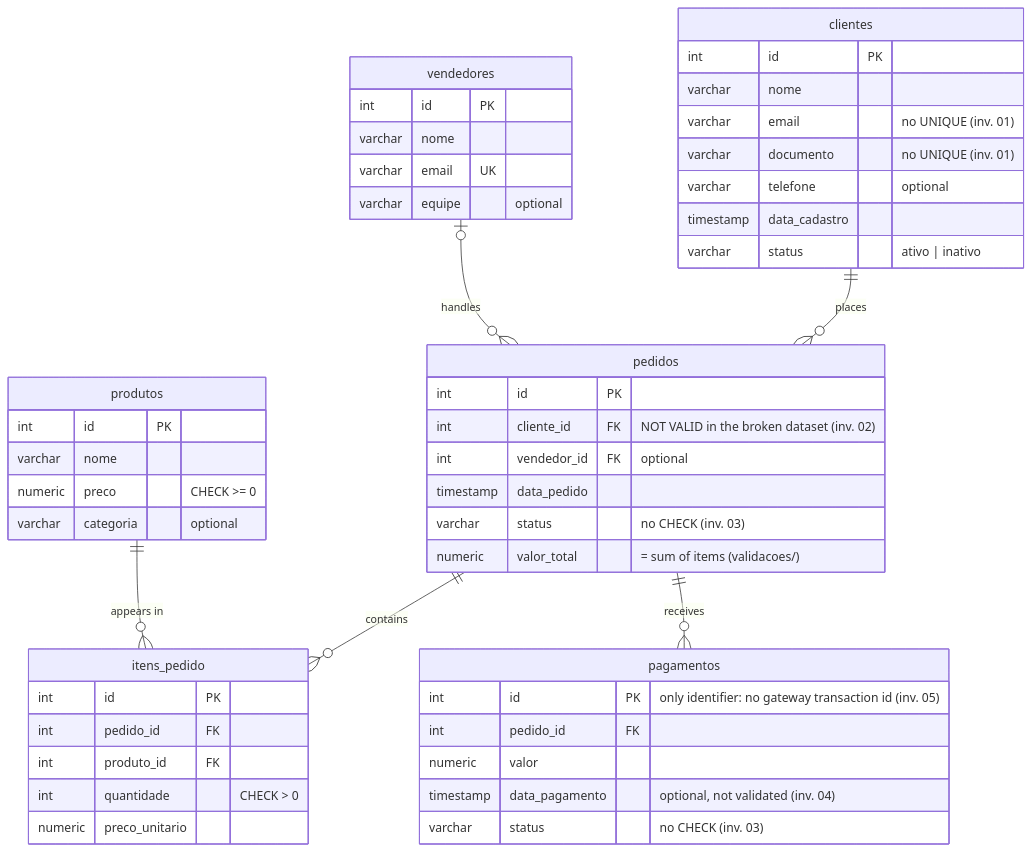
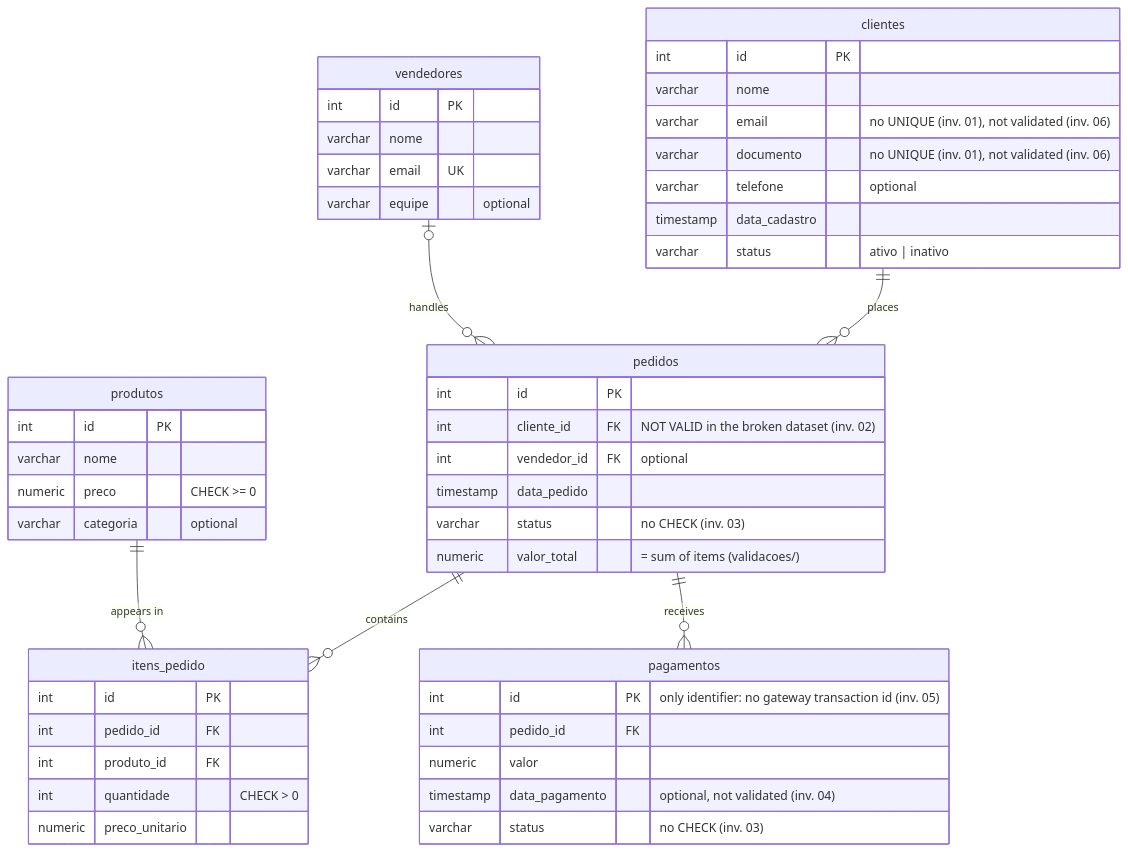
Before and after one commit to ThomasTDS/sql-defect-investigation: the diagram in README.en.md, drawn with Mermaid. The commit also changed other lines of this file and 17 other files, not shown here.

````diff
--- a/README.en.md
+++ b/README.en.md
@@ -29,57 +29,57 @@
 ```mermaid
 erDiagram
     clientes ||--o{ pedidos : "places"
     vendedores |o--o{ pedidos : "handles"
     pedidos ||--o{ itens_pedido : "contains"
     produtos ||--o{ itens_pedido : "appears in"
     pedidos ||--o{ pagamentos : "receives"
 
     clientes {
         int id PK
         varchar nome
-        varchar email "no UNIQUE (inv. 01)"
-        varchar documento "no UNIQUE (inv. 01)"
+        varchar email "no UNIQUE (inv. 01), not validated (inv. 06)"
+        varchar documento "no UNIQUE (inv. 01), not validated (inv. 06)"
         varchar telefone "optional"
         timestamp data_cadastro
         varchar status "ativo | inativo"
     }
 
     vendedores {
         int id PK
         varchar nome
         varchar email UK
         varchar equipe "optional"
     }
 
     produtos {
         int id PK
         varchar nome
         numeric preco "CHECK >= 0"
         varchar categoria "optional"
     }
 
     pedidos {
         int id PK
         int cliente_id FK "NOT VALID in the broken dataset (inv. 02)"
         int vendedor_id FK "optional"
         timestamp data_pedido
         varchar status "no CHECK (inv. 03)"
         numeric valor_total "= sum of items (validacoes/)"
     }
 
     itens_pedido {
         int id PK
         int pedido_id FK
         int produto_id FK
         int quantidade "CHECK > 0"
         numeric preco_unitario
     }
 
     pagamentos {
         int id PK "only identifier: no gateway transaction id (inv. 05)"
         int pedido_id FK
         numeric valor
         timestamp data_pagamento "optional, not validated (inv. 04)"
         varchar status "no CHECK (inv. 03)"
     }
 ```
````
